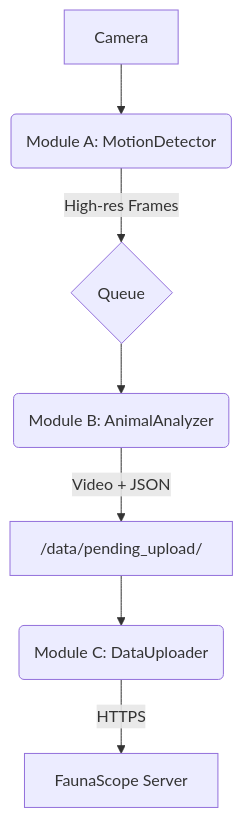
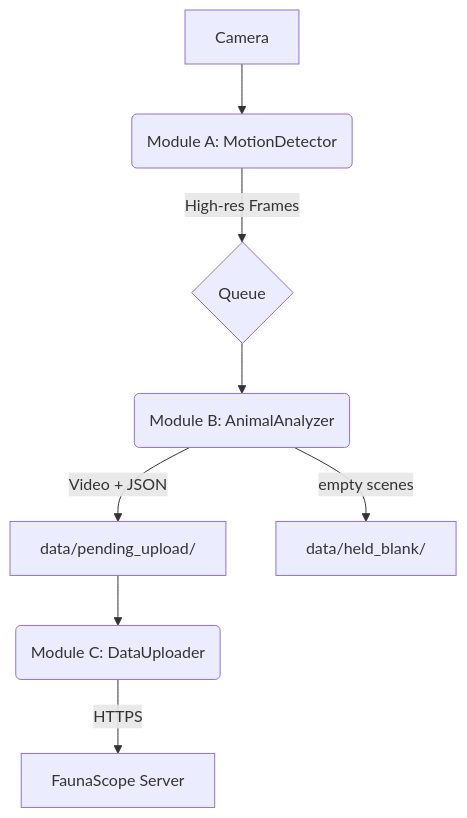
The diagram in README.md (imics-lab/faunascope-edge), drawn with Mermaid before and after one commit. The commit also changed other lines of this file and 15 other files, not shown here.

````diff
--- a/README.md
+++ b/README.md
@@ -58,9 +15,10 @@
 ```mermaid
 graph TD
     A[Camera] --> B(Module A: MotionDetector);
     B -- High-res Frames --> C{Queue};
     C --> D(Module B: AnimalAnalyzer);
-    D -- Video + JSON --> E["/data/pending_upload/"];
+    D -- Video + JSON --> E["data/pending_upload/"];
+    D -- empty scenes --> H["data/held_blank/"];
     E --> F(Module C: DataUploader);
     F -- HTTPS --> G[FaunaScope Server];
 ```
````
